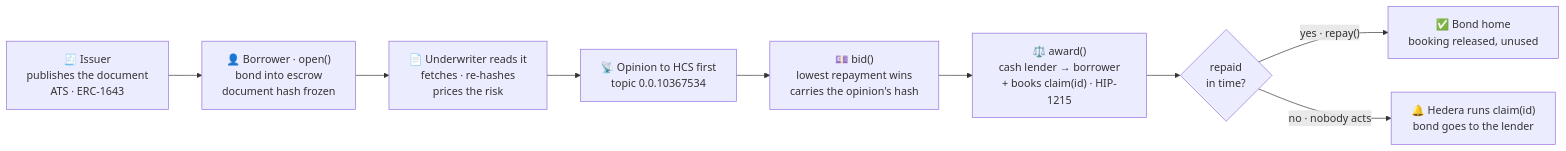
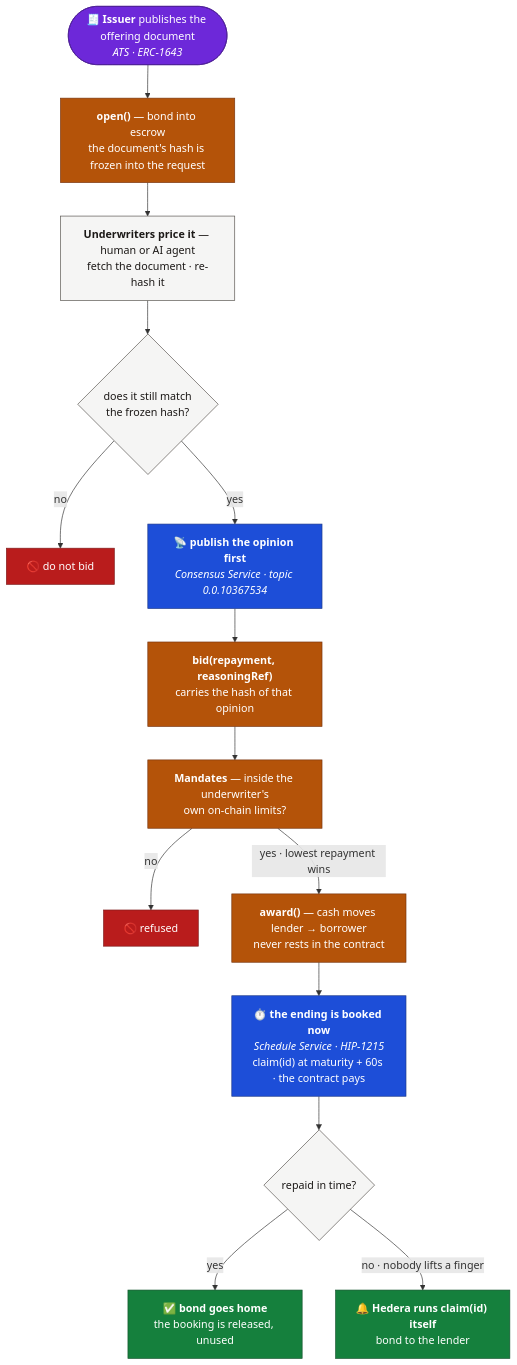
Before and after one commit to Madhav-Gupta-28/Rialto: the first of 2 diagrams in README.md, drawn with Mermaid. The commit also changed other lines of this file, not shown here.

````diff
--- a/README.md
+++ b/README.md
@@ -50,12 +48,33 @@
 ```mermaid
-flowchart LR
-    A["🧾 Issuer<br/>publishes the document<br/>ATS · ERC-1643"] --> B
-    B["👤 Borrower · open()<br/>bond into escrow<br/>document hash frozen"] --> C
-    C["📄 Underwriter reads it<br/>fetches · re-hashes<br/>prices the risk"] --> D
-    D["📡 Opinion to HCS first<br/>topic 0.0.10367534"] --> E
-    E["💷 bid()<br/>lowest repayment wins<br/>carries the opinion's hash"] --> F
-    F["⚖️ award()<br/>cash lender → borrower<br/>+ books claim(id) · HIP-1215"] --> G
-    G{"repaid<br/>in time?"}
-    G -->|"yes · repay()"| H["✅ Bond home<br/>booking released, unused"]
-    G -->|"no · nobody acts"| I["🔔 Hedera runs claim(id)<br/>bond goes to the lender"]
+flowchart TD
+    ISS(["🧾 <b>Issuer</b> publishes the offering document<br/><i>ATS · ERC-1643</i>"]):::ats
+    ISS --> OPEN
+    OPEN["<b>open()</b> — bond into escrow<br/>the document's hash is frozen into the request"]:::rialto
+    OPEN --> READ
+    READ["<b>Underwriters price it</b> — human or AI agent<br/>fetch the document · re-hash it"]:::actor
+    READ --> CHK
+    CHK{"does it still match<br/>the frozen hash?"}:::actor
+    CHK -->|"no"| STOP["🚫 do not bid"]:::bad
+    CHK -->|"yes"| HCS
+    HCS["📡 <b>publish the opinion first</b><br/><i>Consensus Service · topic 0.0.10367534</i>"]:::hedera
+    HCS --> BID
+    BID["<b>bid(repayment, reasoningRef)</b><br/>carries the hash of that opinion"]:::rialto
+    BID --> MAND
+    MAND["<b>Mandates</b> — inside the underwriter's<br/>own on-chain limits?"]:::rialto
+    MAND -->|"no"| REJ["🚫 refused"]:::bad
+    MAND -->|"yes · lowest repayment wins"| AWARD
+    AWARD["<b>award()</b> — cash moves lender → borrower<br/>never rests in the contract"]:::rialto
+    AWARD --> BOOK
+    BOOK["⏱️ <b>the ending is booked now</b><br/><i>Schedule Service · HIP-1215</i><br/>claim(id) at maturity + 60s · the contract pays"]:::hedera
+    BOOK --> Q
+    Q{"repaid in time?"}:::actor
+    Q -->|"yes"| REPAY["✅ <b>bond goes home</b><br/>the booking is released, unused"]:::good
+    Q -->|"no · nobody lifts a finger"| AUTO["🔔 <b>Hedera runs claim(id) itself</b><br/>bond to the lender"]:::good
+
+    classDef rialto fill:#B45309,stroke:#78350F,color:#FFFFFF
+    classDef hedera fill:#1D4ED8,stroke:#1E3A8A,color:#FFFFFF
+    classDef ats fill:#6D28D9,stroke:#4C1D95,color:#FFFFFF
+    classDef good fill:#15803D,stroke:#14532D,color:#FFFFFF
+    classDef bad fill:#B91C1C,stroke:#7F1D1D,color:#FFFFFF
+    classDef actor fill:#F5F5F4,stroke:#57534E,color:#1C1917
 ```
````
